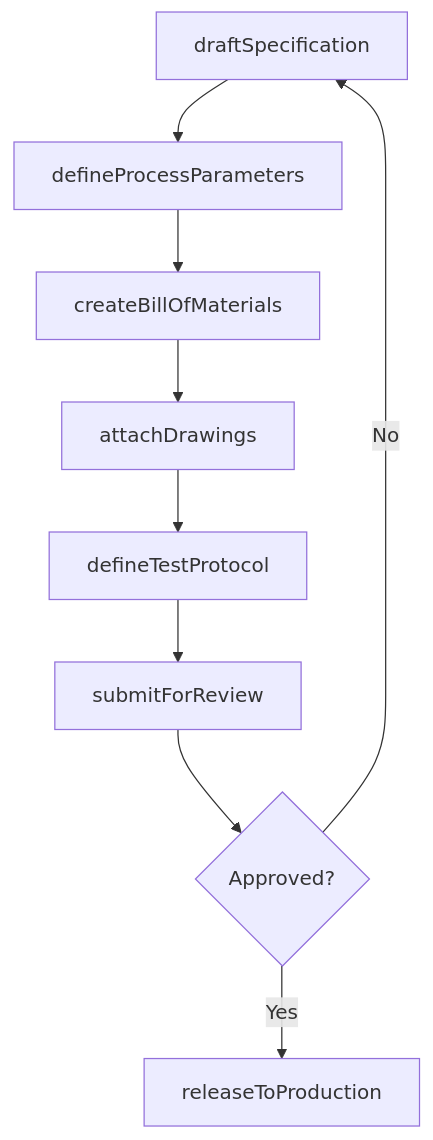
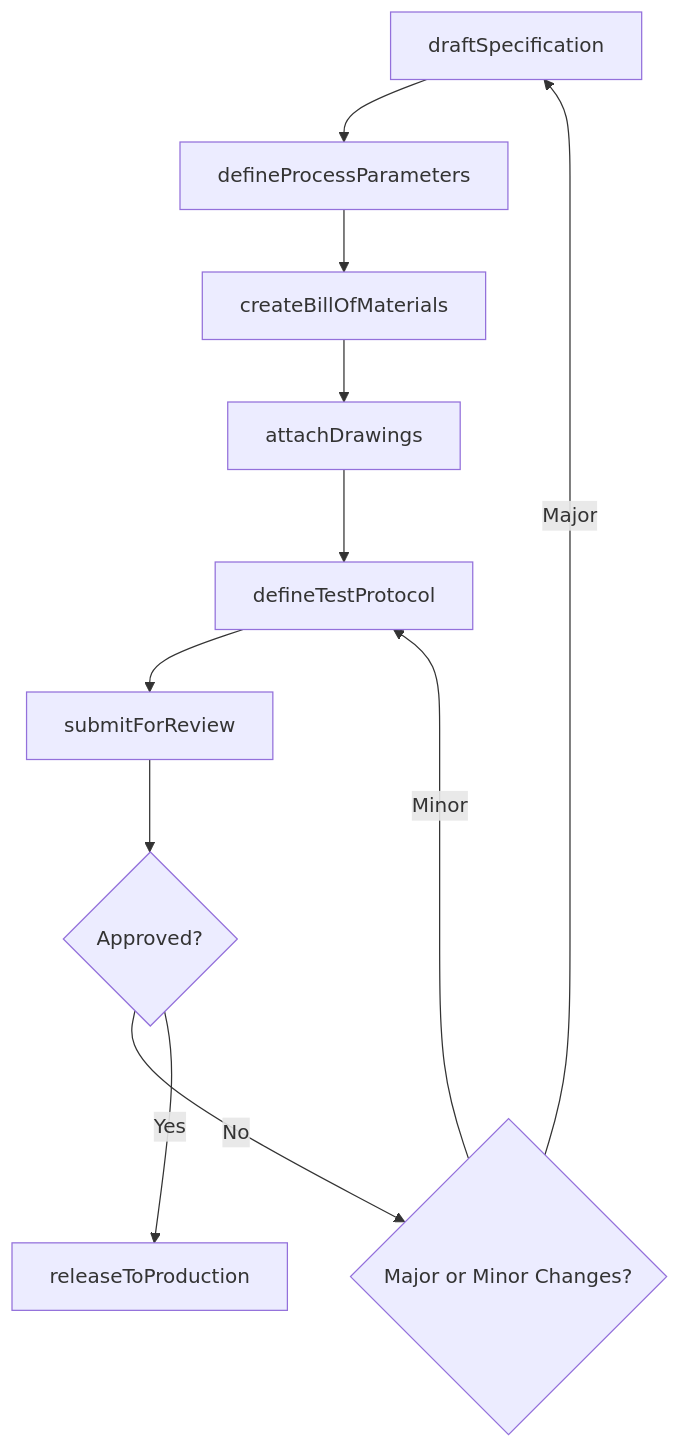
One commit to dot-org-ai/tasks.org.ai changed the third of 4 diagrams in ThinkingCreatively/DevelopTechnicalSpecificationsForProductsOrOperations/DevelopSpecificationsNewProductsProcesses.mdx. Above: the diagram before and after it, drawn with Mermaid. The commit also changed other lines of this file and 71 other files, not shown here.

Commit message:
feat: Add ER diagrams, state diagrams to 72 more DWA task files (wave 2 continued)

````diff
--- a/ThinkingCreatively/DevelopTechnicalSpecificationsForProductsOrOperations/DevelopSpecificationsNewProductsProcesses.mdx
+++ b/ThinkingCreatively/DevelopTechnicalSpecificationsForProductsOrOperations/DevelopSpecificationsNewProductsProcesses.mdx
@@ -89,11 +116,13 @@
 ```mermaid
 graph TD
     A[draftSpecification] --> B[defineProcessParameters]
     B --> C[createBillOfMaterials]
     C --> D[attachDrawings]
     D --> E[defineTestProtocol]
     E --> F[submitForReview]
     F --> G{Approved?}
-    G -->|No| A
-    G -->|Yes| H[releaseToProduction]
+    G -->|No| H{Major or Minor Changes?}
+    H -->|Major| A
+    H -->|Minor| E
+    G -->|Yes| I[releaseToProduction]
 ```
````
